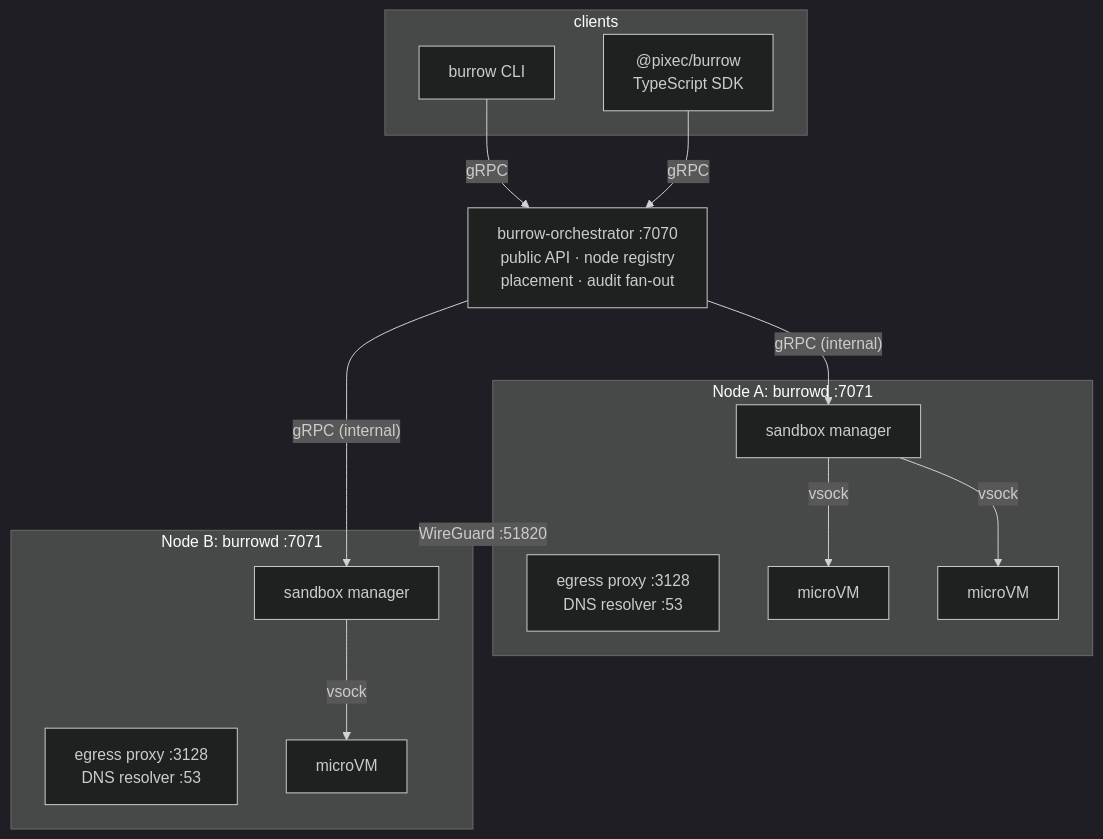
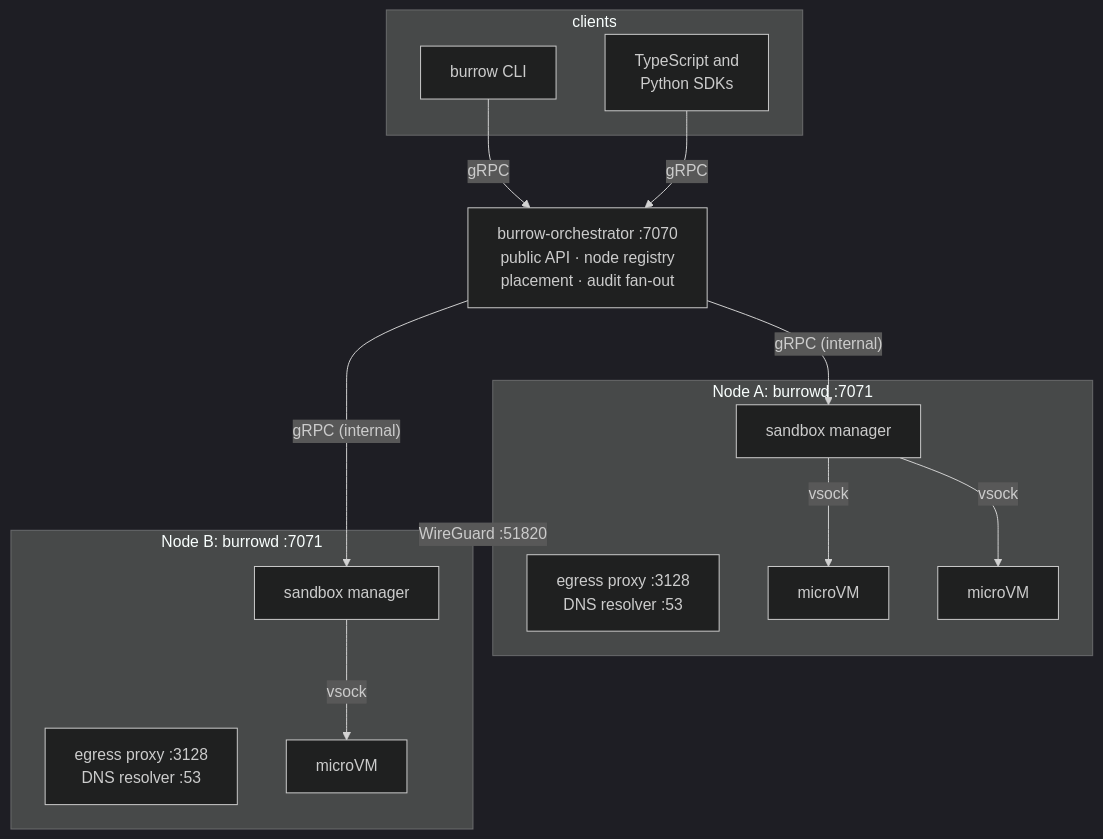
The first of 14 diagrams in docs/ARCHITECTURE.md (pixec/burrow), drawn with Mermaid (dark theme) before and after one commit. The commit also changed other lines of this file and 98 other files, not shown here.

````diff
--- a/docs/ARCHITECTURE.md
+++ b/docs/ARCHITECTURE.md
@@ -30,29 +32,29 @@
 ```mermaid
 flowchart TB
     subgraph clients["clients"]
         CLI["burrow CLI"]
-        SDK["@pixec/burrow<br/>TypeScript SDK"]
+        SDK["TypeScript and<br/>Python SDKs"]
     end
 
     SCHED["burrow-orchestrator :7070<br/>public API · node registry<br/>placement · audit fan-out"]
 
     subgraph nodeA["Node A: burrowd :7071"]
         MGRA["sandbox manager"]
         PROXYA["egress proxy :3128<br/>DNS resolver :53"]
         VMA1["microVM"]
         VMA2["microVM"]
     end
 
     subgraph nodeB["Node B: burrowd :7071"]
         MGRB["sandbox manager"]
         PROXYB["egress proxy :3128<br/>DNS resolver :53"]
         VMB1["microVM"]
     end
 
     CLI & SDK -->|gRPC| SCHED
     SCHED -->|"gRPC (internal)"| MGRA
     SCHED -->|"gRPC (internal)"| MGRB
     MGRA -->|vsock| VMA1 & VMA2
     MGRB -->|vsock| VMB1
     nodeA <-->|"WireGuard :51820"| nodeB
 ```
````
